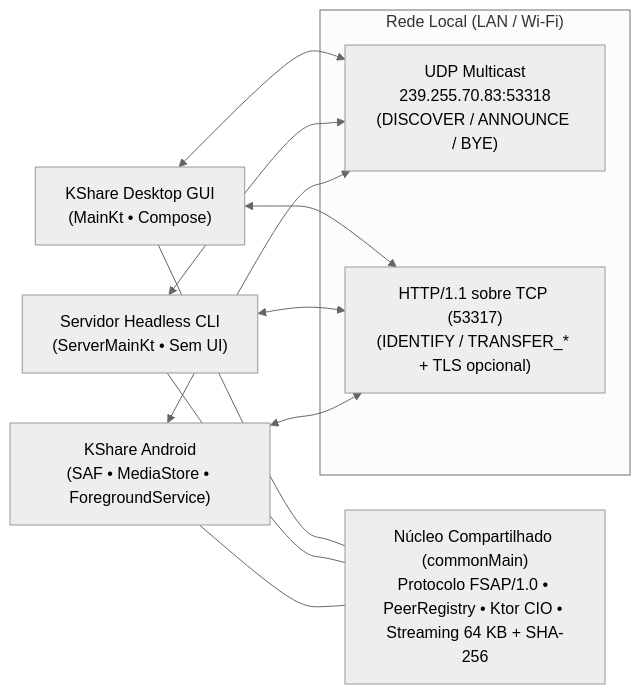
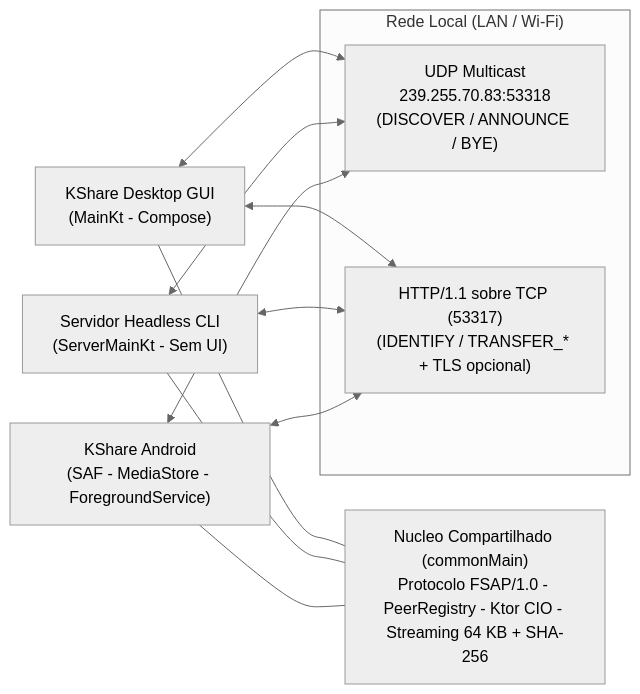
One commit to enzosarmento/Kshare changed the diagram in README.md. Above: the diagram before and after it, drawn with Mermaid (neutral theme). The commit also changed other lines of this file and 4 other files, not shown here.

````diff
--- a/README.md
+++ b/README.md
@@ -44,18 +67,18 @@
 ```mermaid
 flowchart LR
     subgraph LAN["Rede Local (LAN / Wi-Fi)"]
         UDP["UDP Multicast\n239.255.70.83:53318\n(DISCOVER / ANNOUNCE / BYE)"]
         HTTP["HTTP/1.1 sobre TCP (53317)\n(IDENTIFY / TRANSFER_* + TLS opcional)"]
     end
 
-    D_UI["KShare Desktop GUI\n(MainKt • Compose)"] <--> UDP
+    D_UI["KShare Desktop GUI\n(MainKt - Compose)"] <--> UDP
     D_UI <--> HTTP
-    D_CLI["Servidor Headless CLI\n(ServerMainKt • Sem UI)"] <--> UDP
+    D_CLI["Servidor Headless CLI\n(ServerMainKt - Sem UI)"] <--> UDP
     D_CLI <--> HTTP
-    ANDROID["KShare Android\n(SAF • MediaStore • ForegroundService)"] <--> UDP
+    ANDROID["KShare Android\n(SAF - MediaStore - ForegroundService)"] <--> UDP
     ANDROID <--> HTTP
 
-    D_UI --- CORE["Núcleo Compartilhado (commonMain)\nProtocolo FSAP/1.0 • PeerRegistry • Ktor CIO • Streaming 64 KB + SHA-256"]
+    D_UI --- CORE["Nucleo Compartilhado (commonMain)\nProtocolo FSAP/1.0 - PeerRegistry - Ktor CIO - Streaming 64 KB + SHA-256"]
     D_CLI --- CORE
     ANDROID --- CORE
 ```
````
